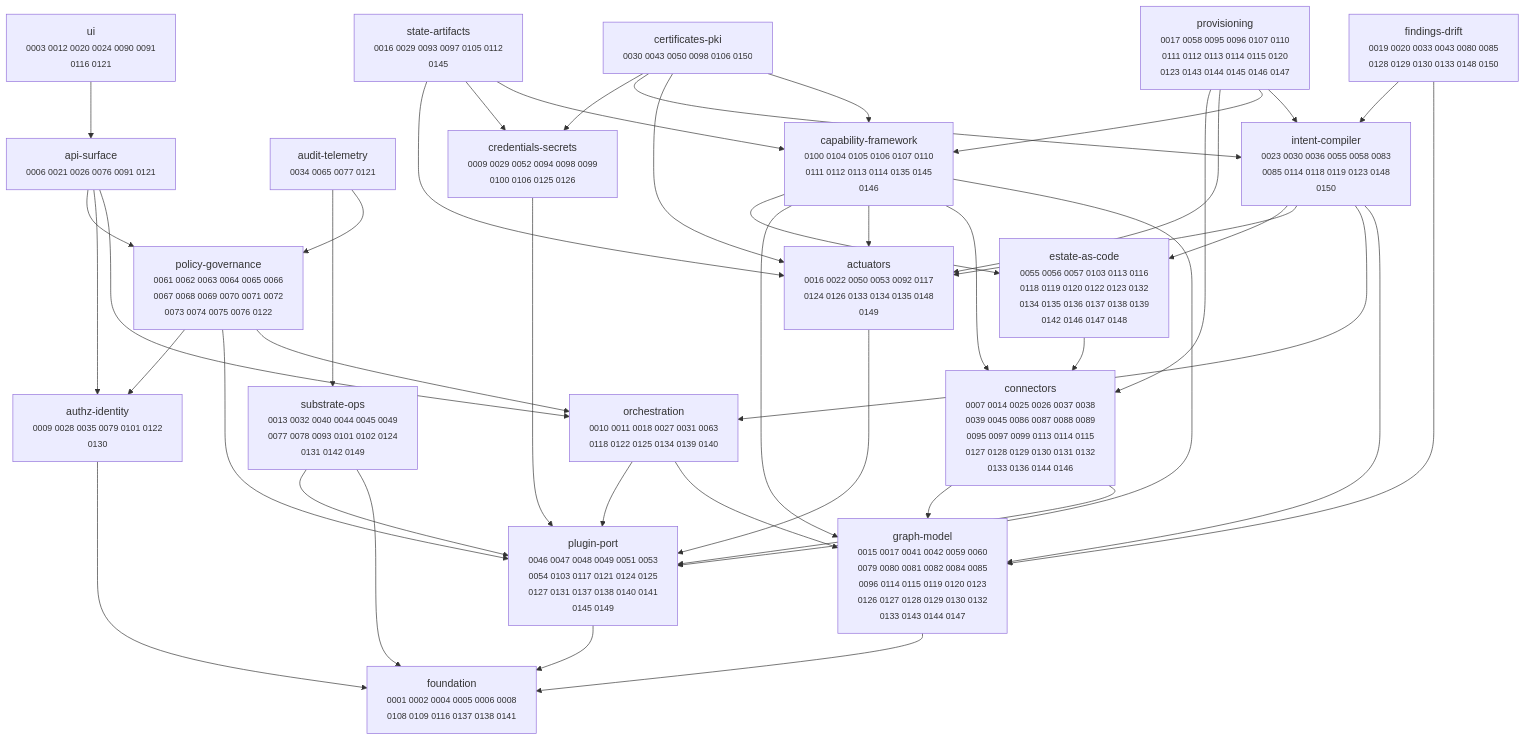
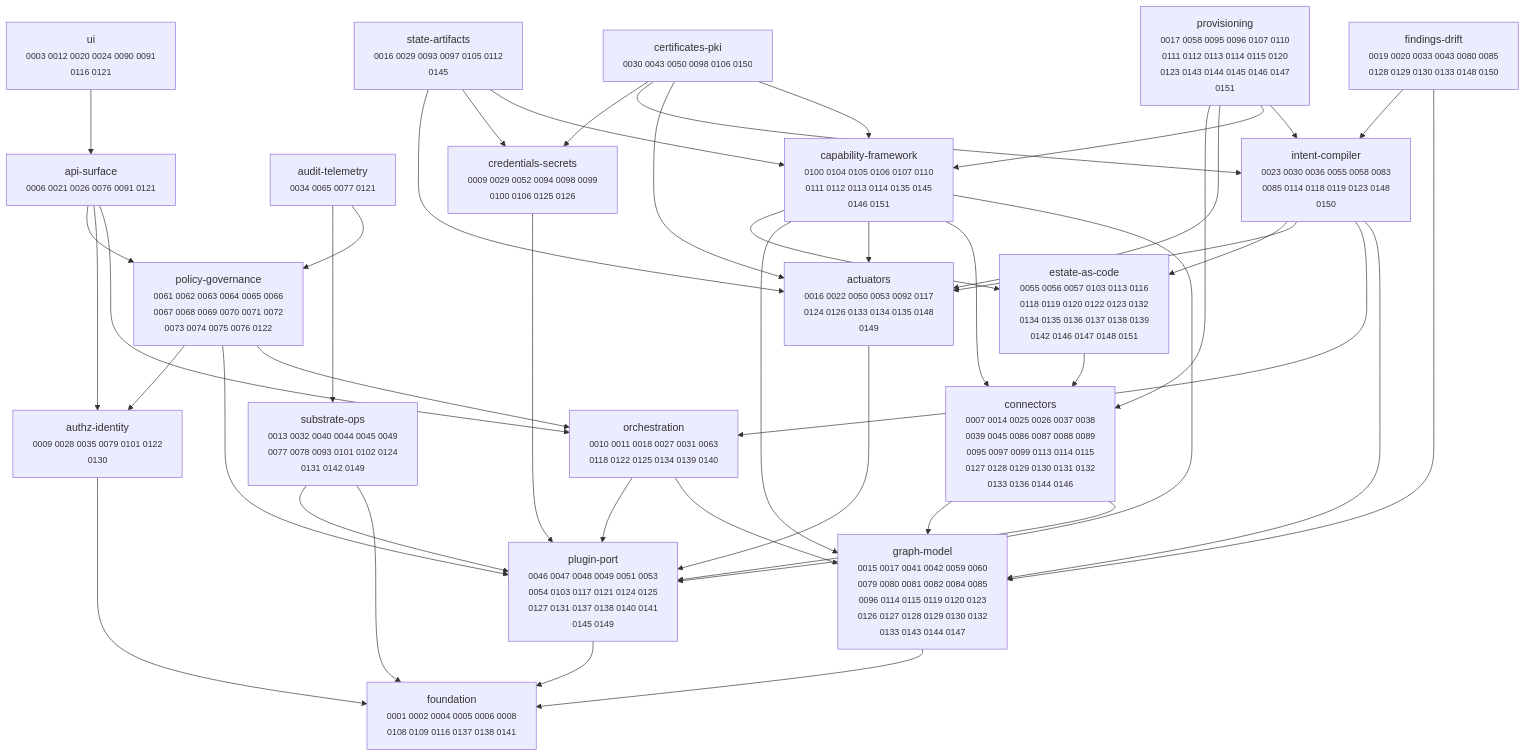
Before and after one commit to dstout-devops/stratt: the diagram in docs/adr/MAP.md, drawn with Mermaid. The commit also changed other lines of this file and 2 other files, not shown here.

First paragraph of the commit message:
docs(adr): ADR-0151 — substrate is a property of the PROVIDER, never named by a declaration
The steward's correction, which reframes the capstone rather than patching it:

````diff
--- a/docs/adr/MAP.md
+++ b/docs/adr/MAP.md
@@ -11,67 +11,67 @@
 ```mermaid
 graph TD
   actuators["actuators<br/><small>0016 0022 0050 0053 0092 0117<br/>0124 0126 0133 0134 0135 0148<br/>0149</small>"]
   api_surface["api-surface<br/><small>0006 0021 0026 0076 0091 0121</small>"]
   audit_telemetry["audit-telemetry<br/><small>0034 0065 0077 0121</small>"]
   authz_identity["authz-identity<br/><small>0009 0028 0035 0079 0101 0122<br/>0130</small>"]
-  capability_framework["capability-framework<br/><small>0100 0104 0105 0106 0107 0110<br/>0111 0112 0113 0114 0135 0145<br/>0146</small>"]
+  capability_framework["capability-framework<br/><small>0100 0104 0105 0106 0107 0110<br/>0111 0112 0113 0114 0135 0145<br/>0146 0151</small>"]
   certificates_pki["certificates-pki<br/><small>0030 0043 0050 0098 0106 0150</small>"]
   connectors["connectors<br/><small>0007 0014 0025 0026 0037 0038<br/>0039 0045 0086 0087 0088 0089<br/>0095 0097 0099 0113 0114 0115<br/>0127 0128 0129 0130 0131 0132<br/>0133 0136 0144 0146</small>"]
   credentials_secrets["credentials-secrets<br/><small>0009 0029 0052 0094 0098 0099<br/>0100 0106 0125 0126</small>"]
-  estate_as_code["estate-as-code<br/><small>0055 0056 0057 0103 0113 0116<br/>0118 0119 0120 0122 0123 0132<br/>0134 0135 0136 0137 0138 0139<br/>0142 0146 0147 0148</small>"]
+  estate_as_code["estate-as-code<br/><small>0055 0056 0057 0103 0113 0116<br/>0118 0119 0120 0122 0123 0132<br/>0134 0135 0136 0137 0138 0139<br/>0142 0146 0147 0148 0151</small>"]
   findings_drift["findings-drift<br/><small>0019 0020 0033 0043 0080 0085<br/>0128 0129 0130 0133 0148 0150</small>"]
   foundation["foundation<br/><small>0001 0002 0004 0005 0006 0008<br/>0108 0109 0116 0137 0138 0141</small>"]
   graph_model["graph-model<br/><small>0015 0017 0041 0042 0059 0060<br/>0079 0080 0081 0082 0084 0085<br/>0096 0114 0115 0119 0120 0123<br/>0126 0127 0128 0129 0130 0132<br/>0133 0143 0144 0147</small>"]
   intent_compiler["intent-compiler<br/><small>0023 0030 0036 0055 0058 0083<br/>0085 0114 0118 0119 0123 0148<br/>0150</small>"]
   orchestration["orchestration<br/><small>0010 0011 0018 0027 0031 0063<br/>0118 0122 0125 0134 0139 0140</small>"]
   plugin_port["plugin-port<br/><small>0046 0047 0048 0049 0051 0053<br/>0054 0103 0117 0121 0124 0125<br/>0127 0131 0137 0138 0140 0141<br/>0145 0149</small>"]
   policy_governance["policy-governance<br/><small>0061 0062 0063 0064 0065 0066<br/>0067 0068 0069 0070 0071 0072<br/>0073 0074 0075 0076 0122</small>"]
-  provisioning["provisioning<br/><small>0017 0058 0095 0096 0107 0110<br/>0111 0112 0113 0114 0115 0120<br/>0123 0143 0144 0145 0146 0147</small>"]
+  provisioning["provisioning<br/><small>0017 0058 0095 0096 0107 0110<br/>0111 0112 0113 0114 0115 0120<br/>0123 0143 0144 0145 0146 0147<br/>0151</small>"]
   state_artifacts["state-artifacts<br/><small>0016 0029 0093 0097 0105 0112<br/>0145</small>"]
   substrate_ops["substrate-ops<br/><small>0013 0032 0040 0044 0045 0049<br/>0077 0078 0093 0101 0102 0124<br/>0131 0142 0149</small>"]
   ui["ui<br/><small>0003 0012 0020 0024 0090 0091<br/>0116 0121</small>"]
 
   actuators --> plugin_port
   api_surface --> orchestration
   api_surface --> authz_identity
   api_surface --> policy_governance
   audit_telemetry --> policy_governance
   audit_telemetry --> substrate_ops
   authz_identity --> foundation
   capability_framework --> plugin_port
   capability_framework --> connectors
   capability_framework --> actuators
   capability_framework --> graph_model
   capability_framework --> estate_as_code
   certificates_pki --> capability_framework
   certificates_pki --> actuators
   certificates_pki --> intent_compiler
   certificates_pki --> credentials_secrets
   connectors --> plugin_port
   connectors --> graph_model
   credentials_secrets --> plugin_port
   estate_as_code --> connectors
   findings_drift --> graph_model
   findings_drift --> intent_compiler
   graph_model --> foundation
   intent_compiler --> graph_model
   intent_compiler --> orchestration
   intent_compiler --> actuators
   intent_compiler --> estate_as_code
   orchestration --> graph_model
   orchestration --> plugin_port
   plugin_port --> foundation
   policy_governance --> orchestration
   policy_governance --> plugin_port
   policy_governance --> authz_identity
   provisioning --> intent_compiler
   provisioning --> capability_framework
   provisioning --> actuators
   provisioning --> connectors
   state_artifacts --> capability_framework
   state_artifacts --> credentials_secrets
   state_artifacts --> actuators
   substrate_ops --> foundation
   substrate_ops --> plugin_port
   ui --> api_surface
 ```
````
